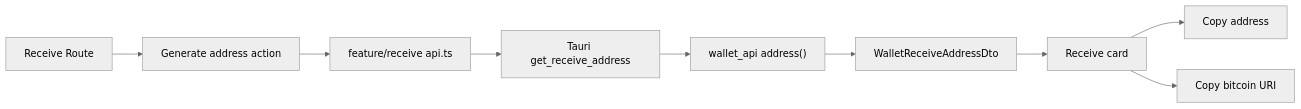
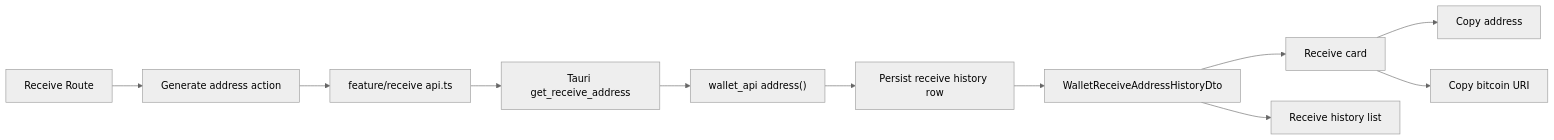
One commit to aeygenson/rust-descriptor-wallet changed the second of 2 diagrams in apps/wallet_desktop/docs/overview.md. Above: the diagram before and after it, drawn with Mermaid (neutral theme). The commit also changed other lines of this file and 59 other files, not shown here.

Commit message:
feat: add receive address history management

````diff
--- a/apps/wallet_desktop/docs/overview.md
+++ b/apps/wallet_desktop/docs/overview.md
@@ -74,11 +75,13 @@
 ```mermaid
 flowchart LR
     A["Receive Route"] --> B["Generate address action"]
     B --> C["feature/receive api.ts"]
     C --> D["Tauri get_receive_address"]
     D --> E["wallet_api address()"]
-    E --> F["WalletReceiveAddressDto"]
-    F --> G["Receive card"]
-    G --> H["Copy address"]
-    G --> I["Copy bitcoin URI"]
+    E --> F["Persist receive history row"]
+    F --> G["WalletReceiveAddressHistoryDto"]
+    G --> H["Receive card"]
+    G --> I["Receive history list"]
+    H --> J["Copy address"]
+    H --> K["Copy bitcoin URI"]
 ```
````
